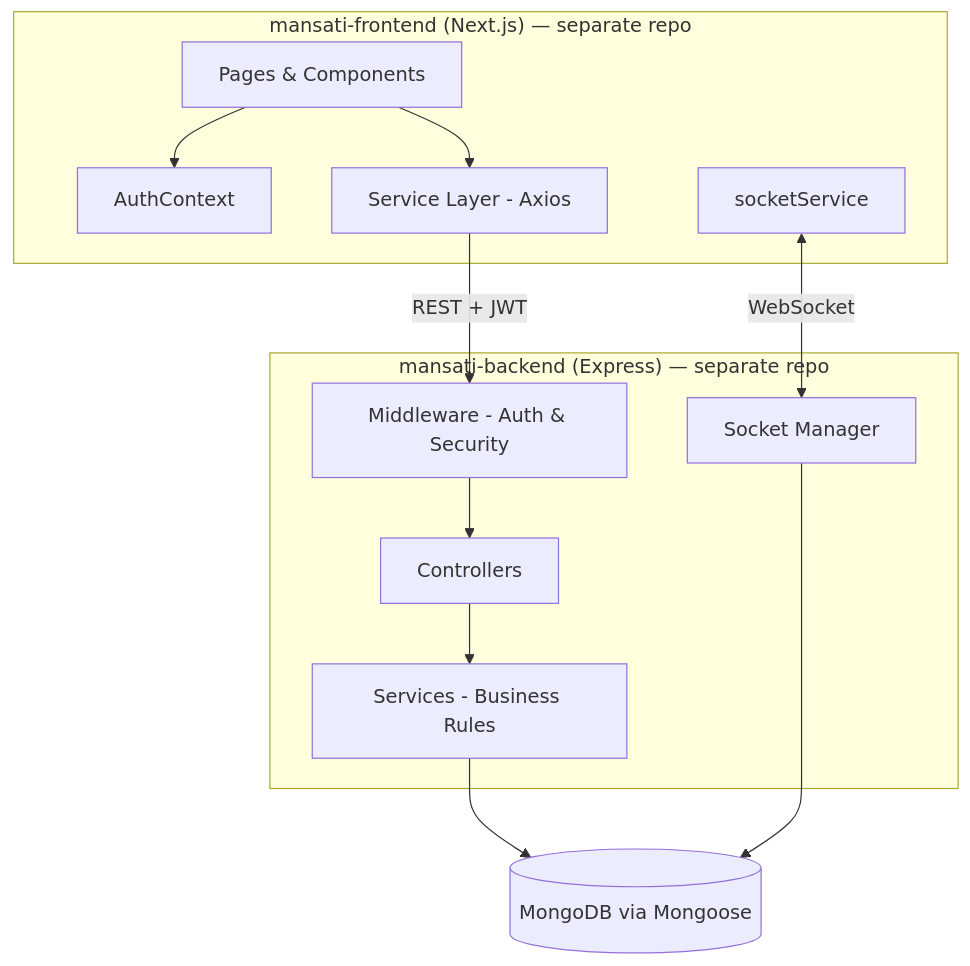
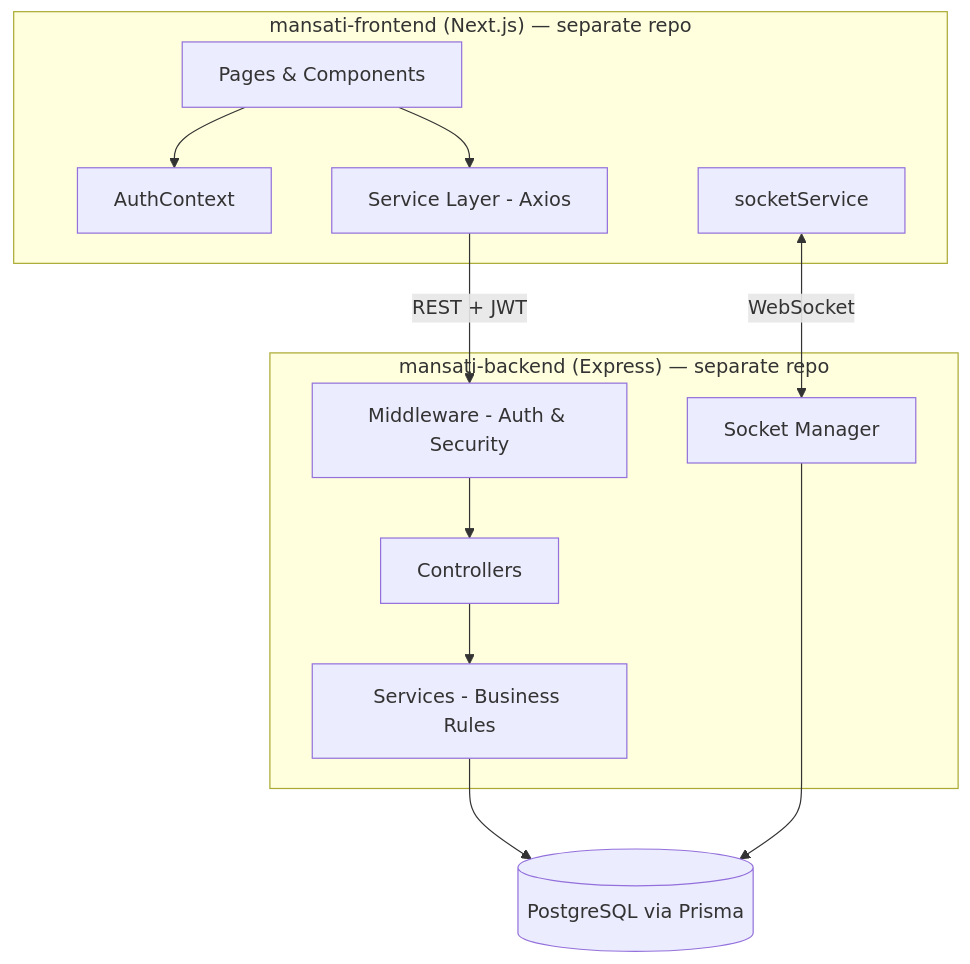
Before and after one commit to mohammed-dev-stack/ai-workflow-orchestrator: the first of 3 diagrams in README.md, drawn with Mermaid. The commit also changed other lines of this file, not shown here.

````diff
--- a/README.md
+++ b/README.md
@@ -83,25 +83,25 @@
 ```mermaid
 graph TB
     subgraph Client["mansati-frontend (Next.js) — separate repo"]
         UI[Pages & Components]
         CTX[AuthContext]
         SVC_FE[Service Layer - Axios]
         SOCK_FE[socketService]
     end
 
     subgraph Server["mansati-backend (Express) — separate repo"]
         MW[Middleware - Auth & Security]
         CTRL[Controllers]
         SVC_BE[Services - Business Rules]
         SOCK_BE[Socket Manager]
     end
 
-    DB[(MongoDB via Mongoose)]
+    DB[(PostgreSQL via Prisma)]
 
     UI --> SVC_FE
     UI --> CTX
     SVC_FE -- REST + JWT --> MW
     SOCK_FE <-- WebSocket --> SOCK_BE
     MW --> CTRL --> SVC_BE --> DB
     SOCK_BE --> DB
 ```
````
